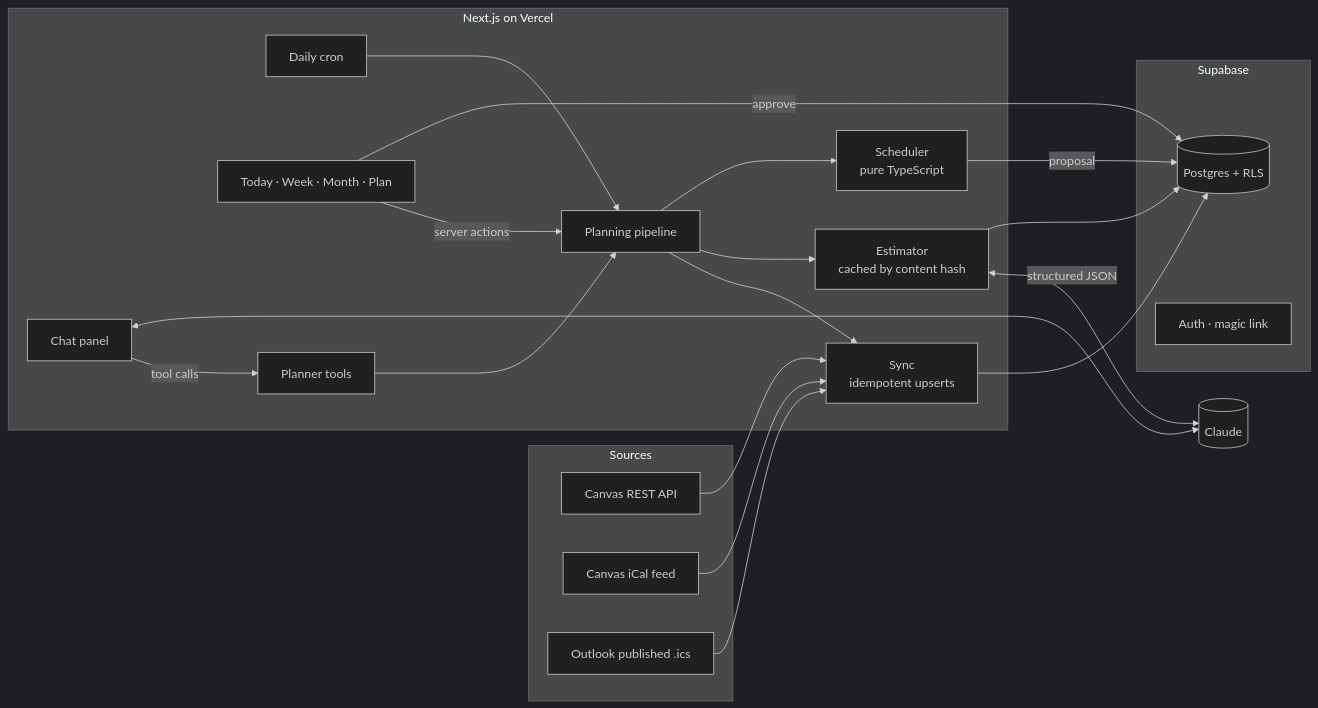
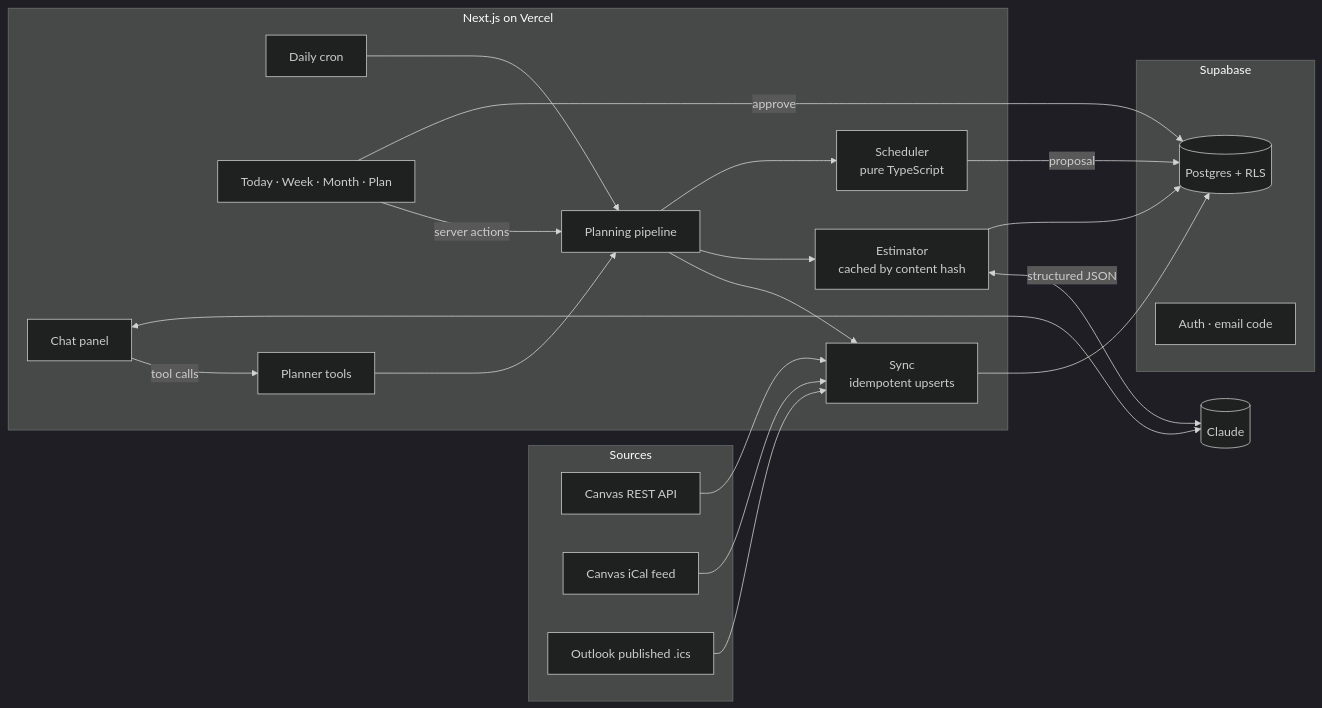
The diagram in README.md (anirudhaugile/sundial), drawn with Mermaid (dark theme) before and after one commit. The commit also changed other lines of this file and 9 other files, not shown here.

First line of the commit message:
Scanner-proof sign-in: 6-digit code, confirm-by-POST link

````diff
--- a/README.md
+++ b/README.md
@@ -85,33 +85,33 @@
 ```mermaid
 flowchart LR
   subgraph Sources
     C[Canvas REST API]
     CI[Canvas iCal feed]
     O[Outlook published .ics]
   end
 
   subgraph "Next.js on Vercel"
     CRON[Daily cron] --> PIPE
     UI[Today · Week · Month · Plan] -->|server actions| PIPE
     CHAT[Chat panel] -->|tool calls| TOOLS[Planner tools]
     TOOLS --> PIPE
     PIPE[Planning pipeline]
     PIPE --> SYNC[Sync<br/>idempotent upserts]
     PIPE --> EST[Estimator<br/>cached by content hash]
     PIPE --> SCHED[Scheduler<br/>pure TypeScript]
   end
 
   C & CI & O --> SYNC
   EST <-->|structured JSON| LLM[(Claude)]
   CHAT <--> LLM
 
   subgraph Supabase
     DB[(Postgres + RLS)]
-    AUTH[Auth · magic link]
+    AUTH[Auth · email code]
   end
 
   SYNC --> DB
   EST --> DB
   SCHED -->|proposal| DB
   UI -->|approve| DB
 ```
````
